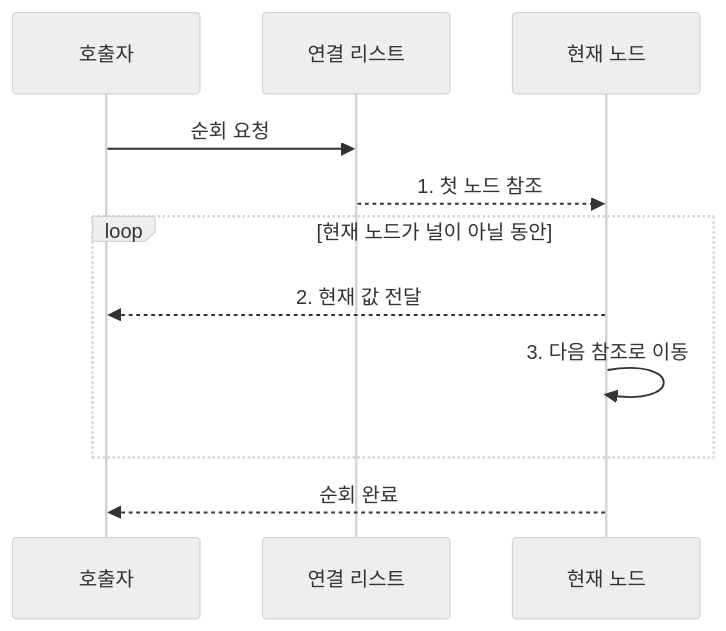
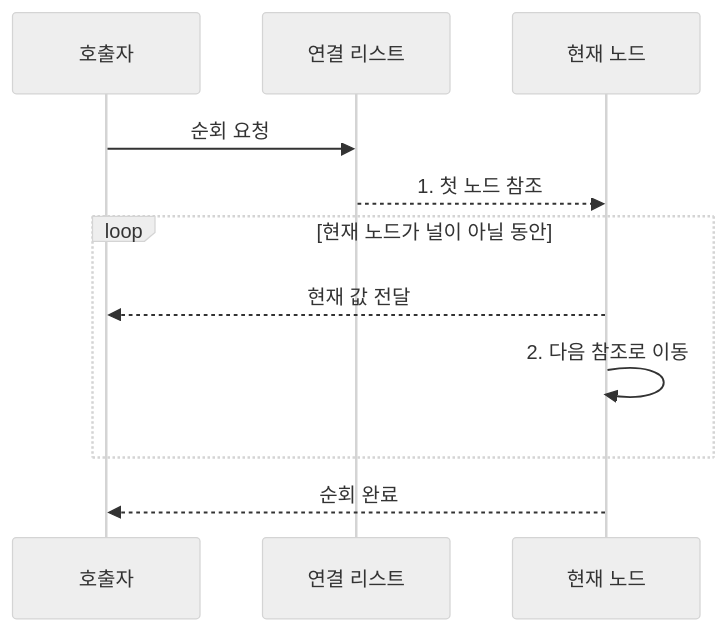
One commit to agnusdei1207/knowledge-base changed the second of 2 diagrams in src/content/docs/notes/01-basic-theory/006_linked_list.md. Above: the diagram before and after it, drawn with Mermaid (neutral theme). The commit also changed other lines of this file and 6 other files, not shown here.

````diff
--- a/src/content/docs/notes/01-basic-theory/006_linked_list.md
+++ b/src/content/docs/notes/01-basic-theory/006_linked_list.md
@@ -105,13 +105,13 @@
 ```mermaid
 sequenceDiagram
     participant Q as 호출자
     participant L as 연결 리스트
     participant N as 현재 노드
     Q->>L: 순회 요청
     L-->>N: 1. 첫 노드 참조
     loop 현재 노드가 널이 아닐 동안
-        N-->>Q: 2. 현재 값 전달
-        N->>N: 3. 다음 참조로 이동
+        N-->>Q: 현재 값 전달
+        N->>N: 2. 다음 참조로 이동
     end
     N-->>Q: 순회 완료
 ```
````
